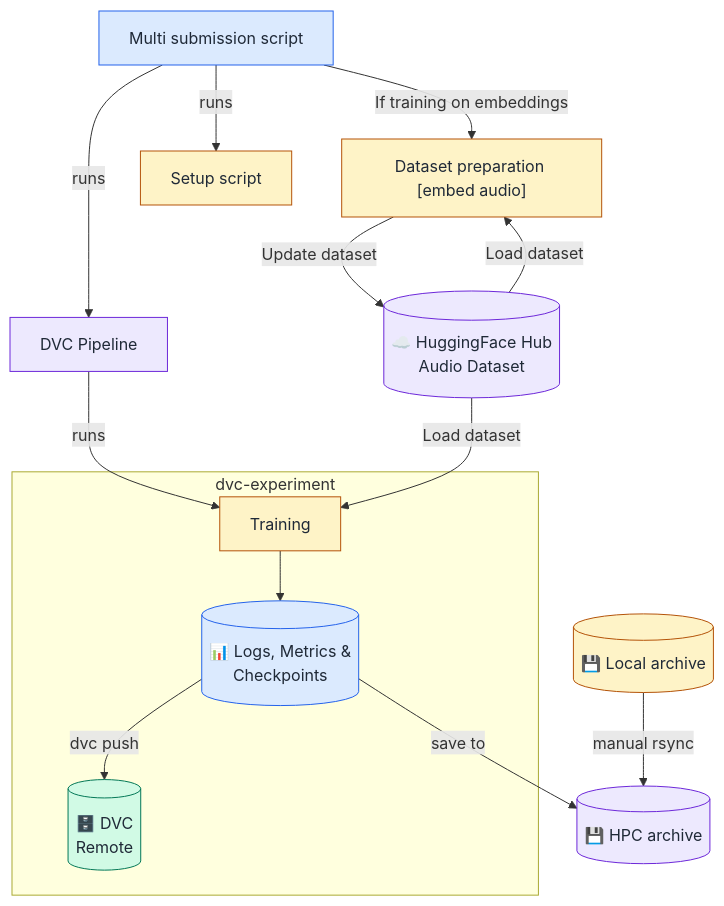
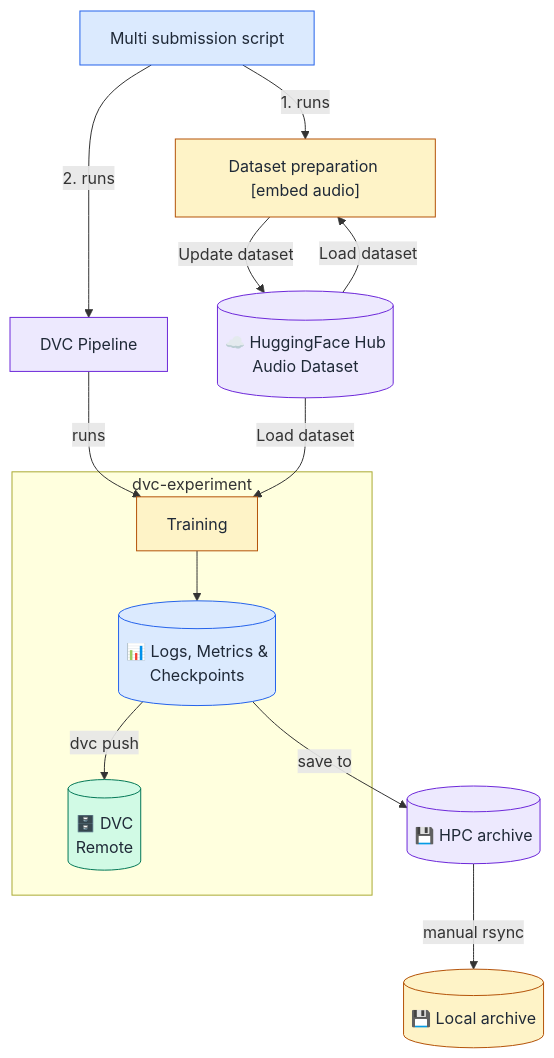
One commit to mcht67/tape_v2 changed the diagram in README.md. Above: the diagram before and after it, drawn with Mermaid. The commit also changed other lines of this file, not shown here.

Commit message:
minor changes README

````diff
--- a/README.md
+++ b/README.md
@@ -8,37 +8,35 @@
 ```mermaid
 flowchart TD
     
-    A["Multi submission script"] -- If training on embeddings --> C
-    A --runs--> D
-    A--runs-->J["Setup script"]
+    A["Multi submission script"] -- 1. runs --> C
+    A --2. runs--> D
 
     B[("☁️ HuggingFace Hub<br/>Audio Dataset")] -- Load dataset --> C
 
     C["Dataset preparation [embed audio]"]
     C -- Update dataset --> B   
 
     D["DVC Pipeline"] --runs--> E     
    
     B -- Load dataset --> E["Training"]
     subgraph dvc-experiment
         E --> F[("📊 Logs, Metrics &<br/>Checkpoints")]
         F -- dvc push --> I[("🗄️ DVC<br/>Remote")]
     end
     F -- save to --> G[("💾 HPC archive")]
-    H[("💾 Local archive")] -- manual rsync--> G
+    G -- manual rsync--> H[("💾 Local archive")]
 
     style A fill:#dbeafe,stroke:#2563eb,color:#1f2937
     style C fill:#fef3c7,stroke:#b45309,color:#1f2937
     style E fill:#fef3c7,stroke:#b45309,color:#1f2937
     style F fill:#dbeafe,stroke:#2563eb,color:#1f2937
     style H fill:#fef3c7,stroke:#b45309,color:#1f2937
     style I fill:#d1fae5,stroke:#047857,color:#1f2937
     style B fill:#ede9fe,stroke:#6d28d9,color:#1f2937
     style D fill:#ede9fe,stroke:#6d28d9,color:#1f2937
     style G fill:#ede9fe,stroke:#6d28d9,color:#1f2937
     style I fill:#d1fae5,stroke:#047857,color:#1f2937
     style B fill:#ede9fe,stroke:#6d28d9,color:#1f2937
     style D fill:#ede9fe,stroke:#6d28d9,color:#1f2937
     style G fill:#ede9fe,stroke:#6d28d9,color:#1f2937
-    style J fill:#fef3c7,stroke:#b45309,color:#1f2937
   ```
````
